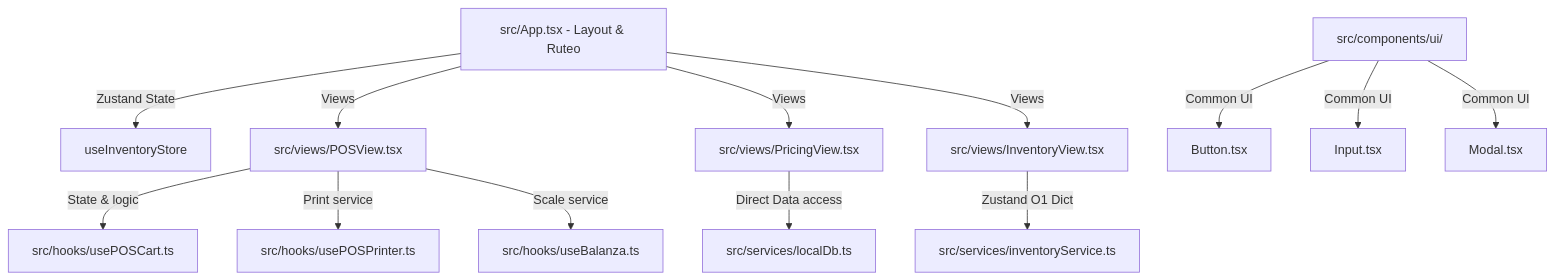
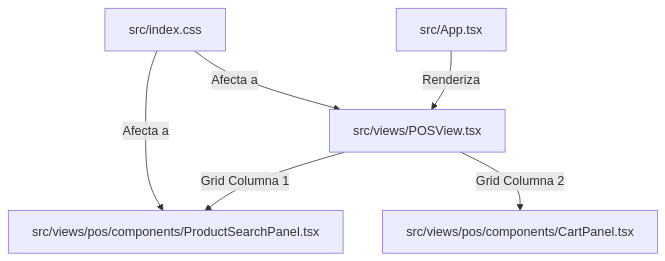
Before and after one commit to PezcaderiaSAS/maestro_ERP_Pezcaderia: the diagram in DOCS/speckit/speckit_specification.md, drawn with Mermaid. The commit also changed other lines of this file and 4 other files, not shown here.

Commit message:
checkpoint: pre-pos-grid-fix -- docs speckit actualizados

````diff
--- a/DOCS/speckit/speckit_specification.md
+++ b/DOCS/speckit/speckit_specification.md
@@ -22,18 +34,8 @@
 ```mermaid
 graph TD
-    App[src/App.tsx - Layout & Ruteo] --> |Zustand State| InvStore[useInventoryStore]
-    App --> |Views| POS[src/views/POSView.tsx]
-    App --> |Views| Pricing[src/views/PricingView.tsx]
-    App --> |Views| Inventory[src/views/InventoryView.tsx]
-    
-    POS --> |State & logic| POSCart[src/hooks/usePOSCart.ts]
-    POS --> |Print service| POSPrinter[src/hooks/usePOSPrinter.ts]
-    POS --> |Scale service| Balanza[src/hooks/useBalanza.ts]
-    
-    Pricing --> |Direct Data access| localDb[src/services/localDb.ts]
-    Inventory --> |Zustand O1 Dict| invService[src/services/inventoryService.ts]
-    
-    UI[src/components/ui/] --> |Common UI| Button[Button.tsx]
-    UI --> |Common UI| Input[Input.tsx]
-    UI --> |Common UI| Modal[Modal.tsx]
+    App[src/App.tsx] --> |Renderiza| POSView[src/views/POSView.tsx]
+    POSView --> |Grid Columna 1| ProductSearch[src/views/pos/components/ProductSearchPanel.tsx]
+    POSView --> |Grid Columna 2| CartPanel[src/views/pos/components/CartPanel.tsx]
+    indexCSS[src/index.css] --> |Afecta a| POSView
+    indexCSS --> |Afecta a| ProductSearch
 ```
````
